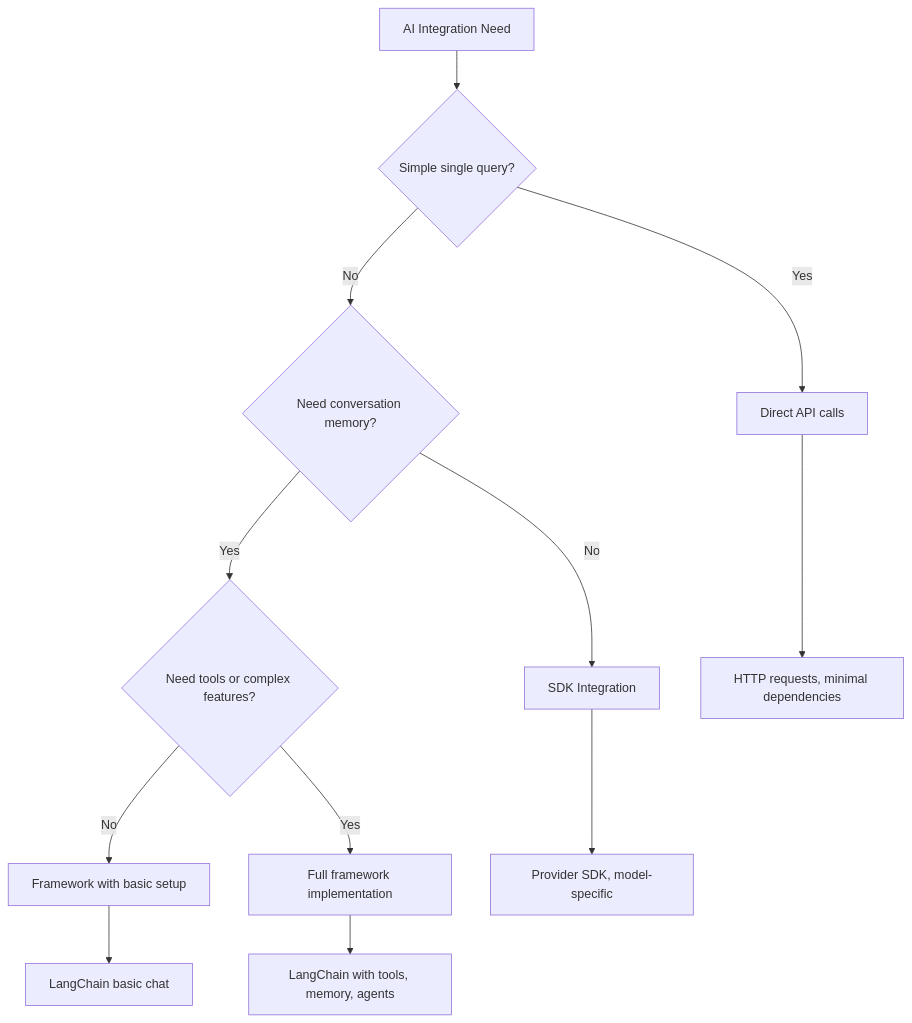
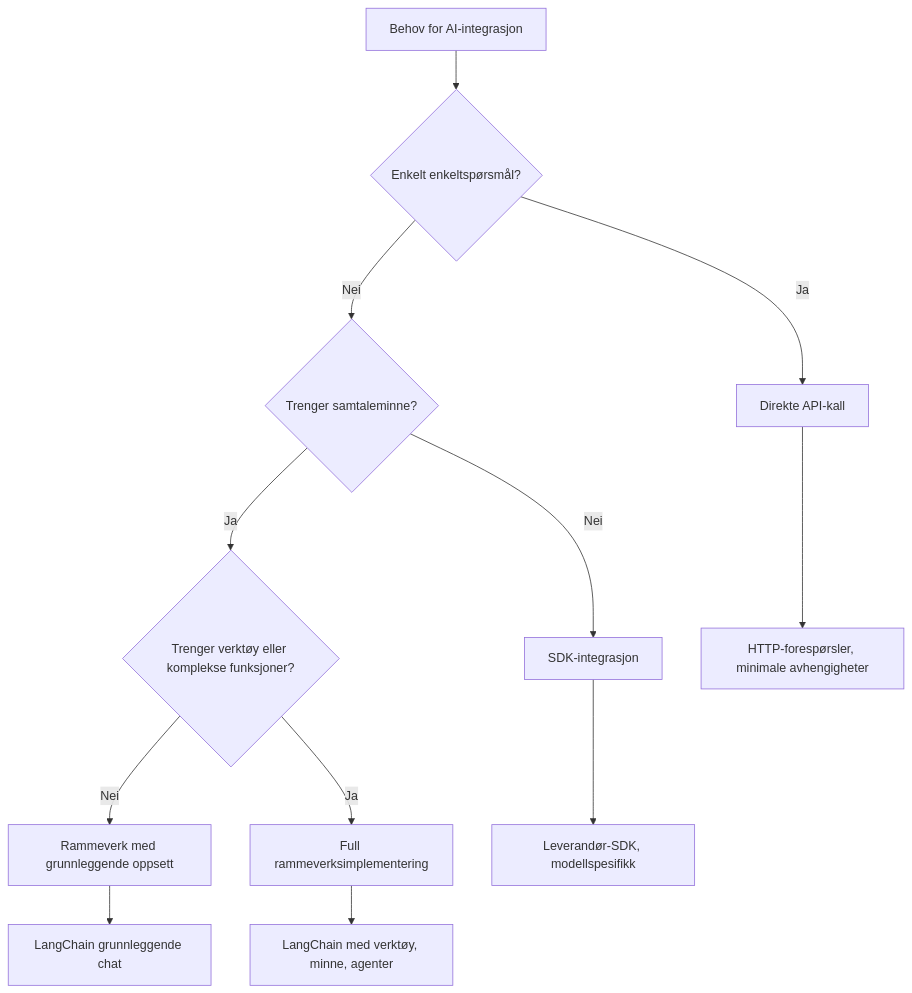
Before and after one commit to microsoft/Web-Dev-For-Beginners: diagram 11 of 11 in translations/no/10-ai-framework-project/README.md, drawn with Mermaid. The commit also changed other lines of this file and 99 other files, not shown here.

````diff
--- a/translations/no/10-ai-framework-project/README.md
+++ b/translations/no/10-ai-framework-project/README.md
@@ -822,15 +1089,15 @@
 ```mermaid
 flowchart TD
-    A[AI Integration Need] --> B{Simple single query?}
-    B -->|Yes| C[Direct API calls]
-    B -->|No| D{Need conversation memory?}
-    D -->|No| E[SDK Integration]
-    D -->|Yes| F{Need tools or complex features?}
-    F -->|No| G[Framework with basic setup]
-    F -->|Yes| H[Full framework implementation]
+    A[Behov for AI-integrasjon] --> B{Enkelt enkeltspørsmål?}
+    B -->|Ja| C[Direkte API-kall]
+    B -->|Nei| D{Trenger samtaleminne?}
+    D -->|Nei| E[SDK-integrasjon]
+    D -->|Ja| F{Trenger verktøy eller komplekse funksjoner?}
+    F -->|Nei| G[Rammeverk med grunnleggende oppsett]
+    F -->|Ja| H[Full rammeverksimplementering]
     
-    C --> I[HTTP requests, minimal dependencies]
-    E --> J[Provider SDK, model-specific]
-    G --> K[LangChain basic chat]
-    H --> L[LangChain with tools, memory, agents]
+    C --> I[HTTP-forespørsler, minimale avhengigheter]
+    E --> J[Leverandør-SDK, modellspesifikk]
+    G --> K[LangChain grunnleggende chat]
+    H --> L[LangChain med verktøy, minne, agenter]
 ```
````
